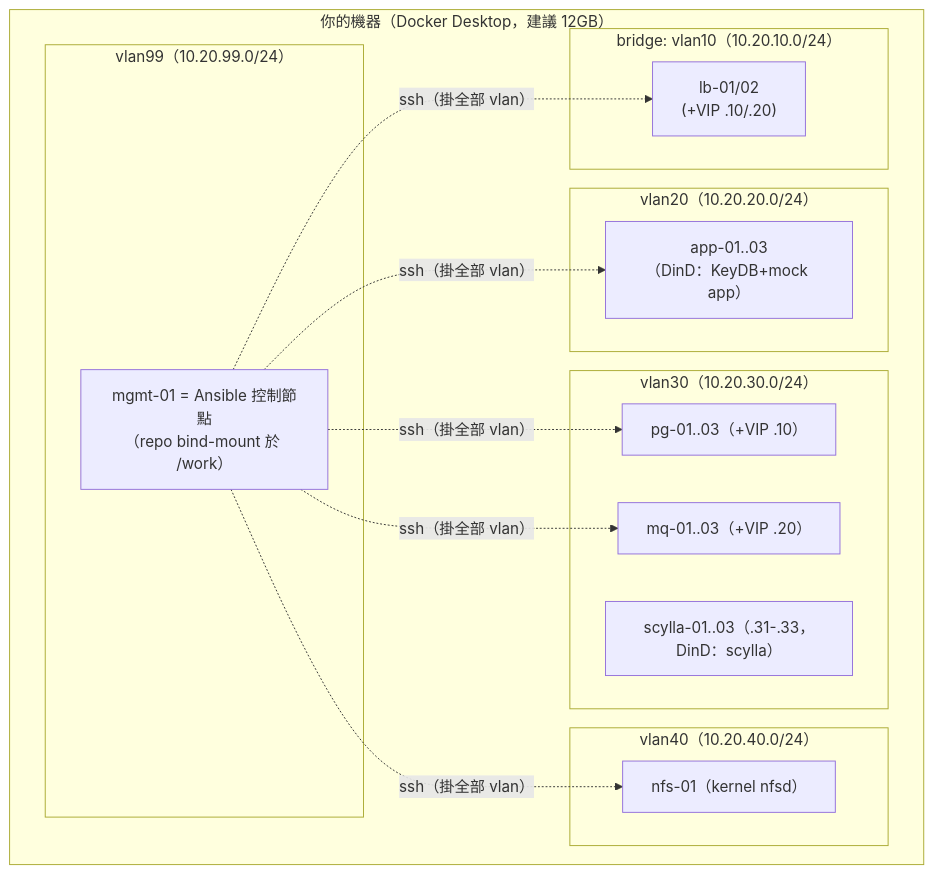
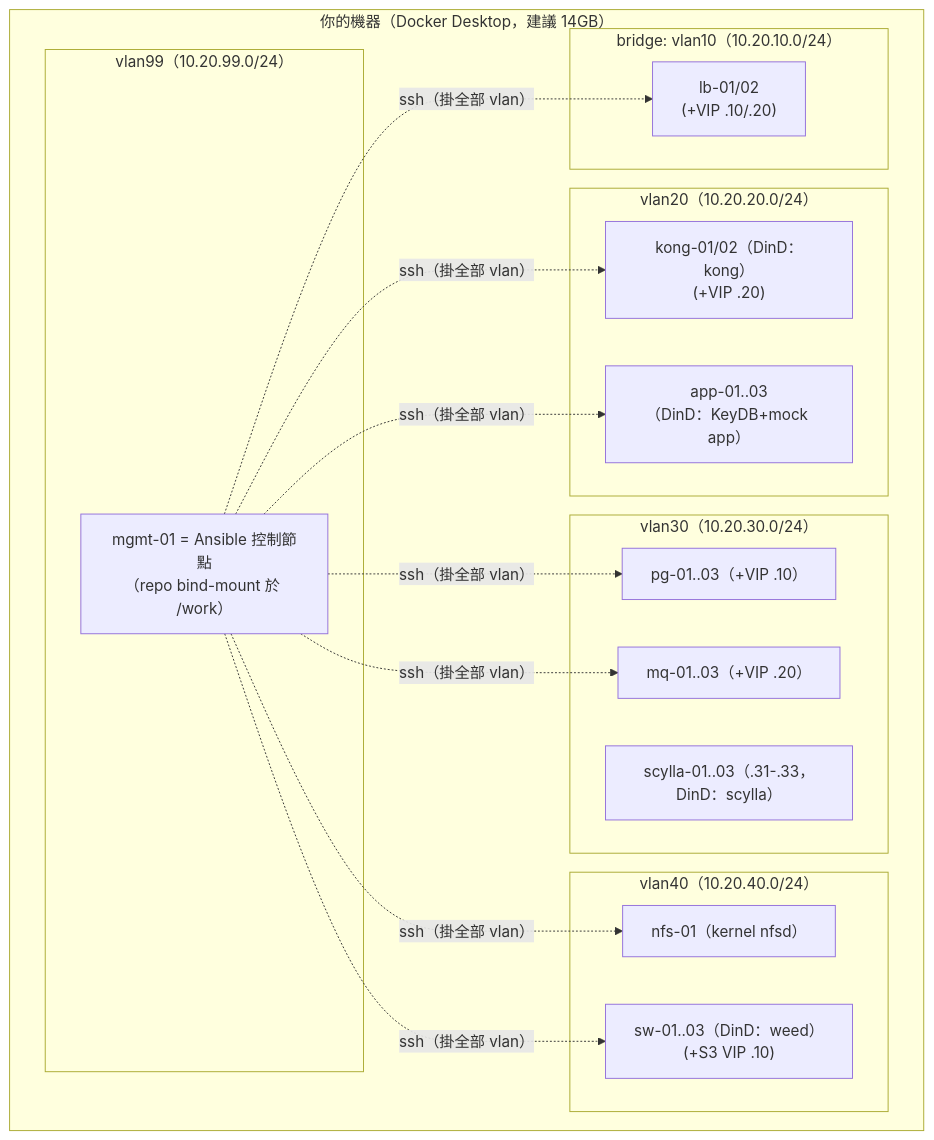
Diagram 12 of 12 in README.md (JustinHsu0320/onpremis_gitops), drawn with Mermaid before and after one commit. The commit also changed other lines of this file and 150 other files, not shown here.

````diff
--- a/README.md
+++ b/README.md
@@ -657,23 +686,25 @@
 ```mermaid
 graph TB
-    subgraph HOST["你的機器（Docker Desktop，建議 12GB）"]
+    subgraph HOST["你的機器（Docker Desktop，建議 14GB）"]
         subgraph V10["bridge: vlan10（10.20.10.0/24）"]
             LLB1["lb-01/02<br/>(+VIP .10/.20)"]
         end
         subgraph V20["vlan20（10.20.20.0/24）"]
+            LKONG["kong-01/02（DinD：kong）<br/>(+VIP .20)"]
             LAPP["app-01..03<br/>（DinD：KeyDB+mock app）"]
         end
         subgraph V30["vlan30（10.20.30.0/24）"]
             LPG["pg-01..03（+VIP .10）"]
             LMQ["mq-01..03（+VIP .20）"]
             LSCY["scylla-01..03（.31-.33，DinD：scylla）"]
         end
         subgraph V40["vlan40（10.20.40.0/24）"]
             LNFS["nfs-01（kernel nfsd）"]
+            LSW["sw-01..03（DinD：weed）<br/>(+S3 VIP .10)"]
         end
         subgraph V99["vlan99（10.20.99.0/24）"]
             LMGMT["mgmt-01 = Ansible 控制節點<br/>（repo bind-mount 於 /work）"]
         end
     end
-    LMGMT -.->|"ssh（掛全部 vlan）"| LLB1 & LAPP & LPG & LMQ & LNFS
+    LMGMT -.->|"ssh（掛全部 vlan）"| LLB1 & LKONG & LAPP & LPG & LMQ & LNFS & LSW
 ```
````
